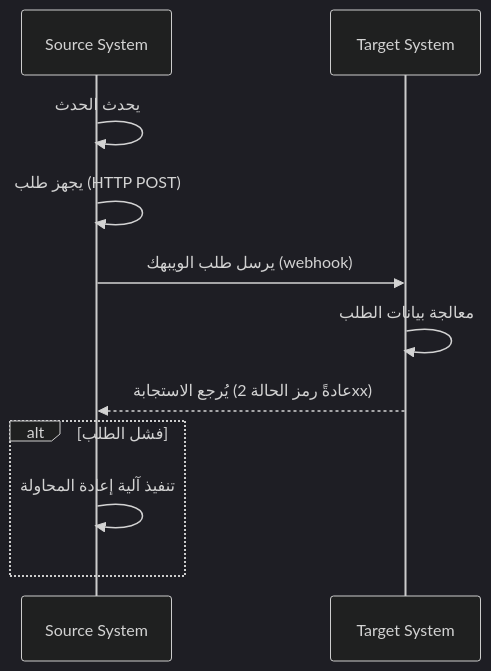
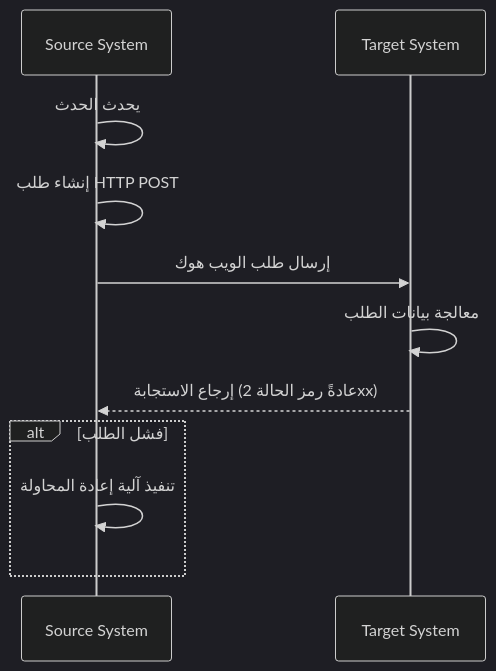
Before and after one commit to logto-io/auth-wiki: the first of 2 diagrams in src/content/terms/ar/webhook.mdx, drawn with Mermaid (dark theme). The commit also changed other lines of this file and 98 other files, not shown here.

````diff
--- a/src/content/terms/ar/webhook.mdx
+++ b/src/content/terms/ar/webhook.mdx
@@ -13,15 +13,15 @@
 ```mermaid
 sequenceDiagram
     participant Source System
     participant Target System
     
     Source System->>Source System: يحدث الحدث
-    Source System->>Source System: يجهز طلب (HTTP POST)
-    Source System->>Target System: يرسل طلب الويبهك (webhook)
+    Source System->>Source System: إنشاء طلب HTTP POST
+    Source System->>Target System: إرسال طلب الويب هوك
     Target System->>Target System: معالجة بيانات الطلب
-    Target System-->>Source System: يُرجع الاستجابة (عادةً رمز الحالة 2xx)
+    Target System-->>Source System: إرجاع الاستجابة (عادةً رمز الحالة 2xx)
     
     alt فشل الطلب
         Source System->>Source System: تنفيذ آلية إعادة المحاولة
     end
 ```
````
